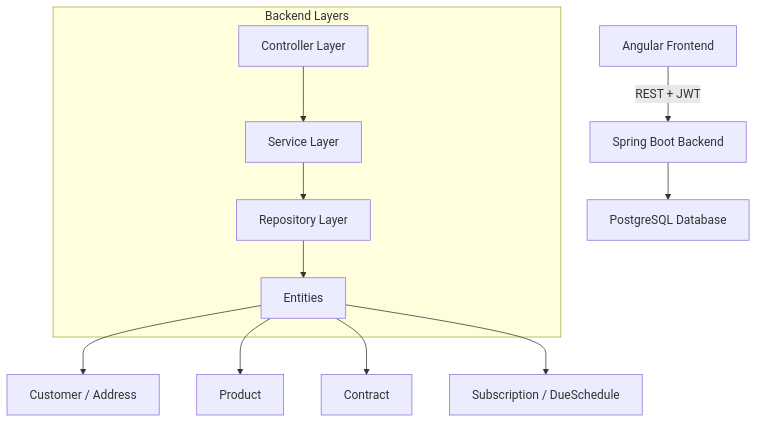
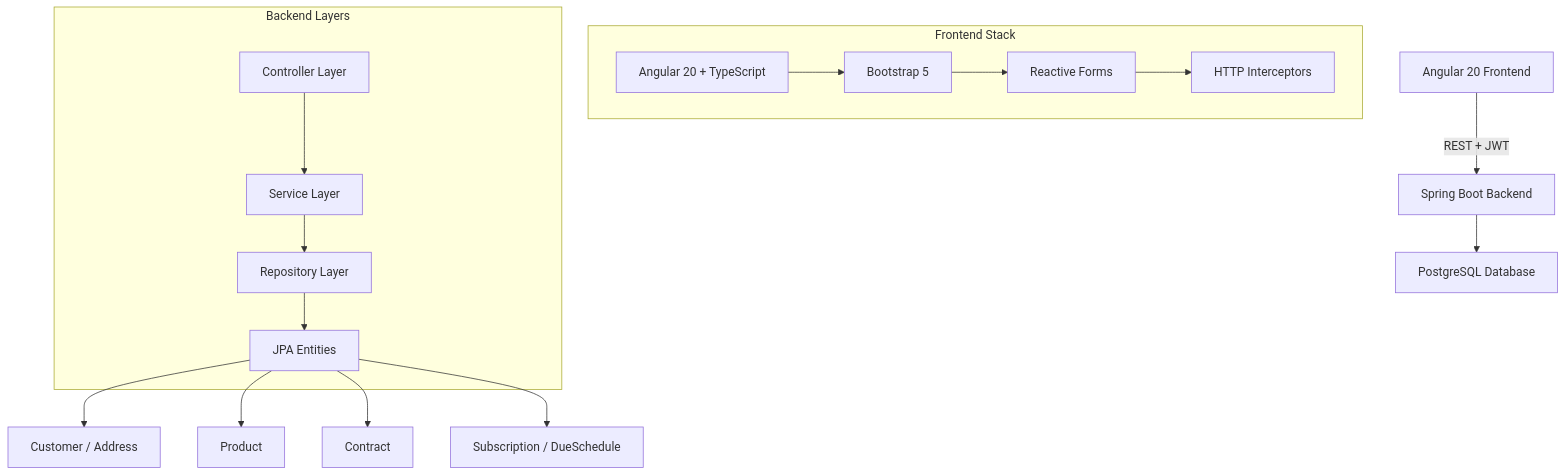
One commit to i-akguel03/erp-system-backend changed the diagram in README.md. Above: the diagram before and after it, drawn with Mermaid. The commit also changed other lines of this file, not shown here.

````diff
--- a/README.md
+++ b/README.md
@@ -42,21 +42,32 @@
 ```mermaid
 graph TD
-  A[Angular Frontend] -->|REST + JWT| B[Spring Boot Backend]
+  A[Angular 20 Frontend] -->|REST + JWT| B[Spring Boot Backend]
   B --> C[PostgreSQL Database]
+
+  subgraph Frontend Stack
+    A1[Angular 20 + TypeScript]
+    A2[Bootstrap 5]
+    A3[Reactive Forms]
+    A4[HTTP Interceptors]
+  end
 
   subgraph Backend Layers
     B1[Controller Layer]
-    B2[Service Layer]
+    B2[Service Layer] 
     B3[Repository Layer]
-    B4[Entities]
+    B4[JPA Entities]
   end
+
+  A1 --> A2
+  A2 --> A3
+  A3 --> A4
 
   B1 --> B2
   B2 --> B3
   B3 --> B4
 
   B4 --> Customer[Customer / Address]
   B4 --> Product[Product]
   B4 --> Contract[Contract]
   B4 --> Subscription[Subscription / DueSchedule]
 ```
````
